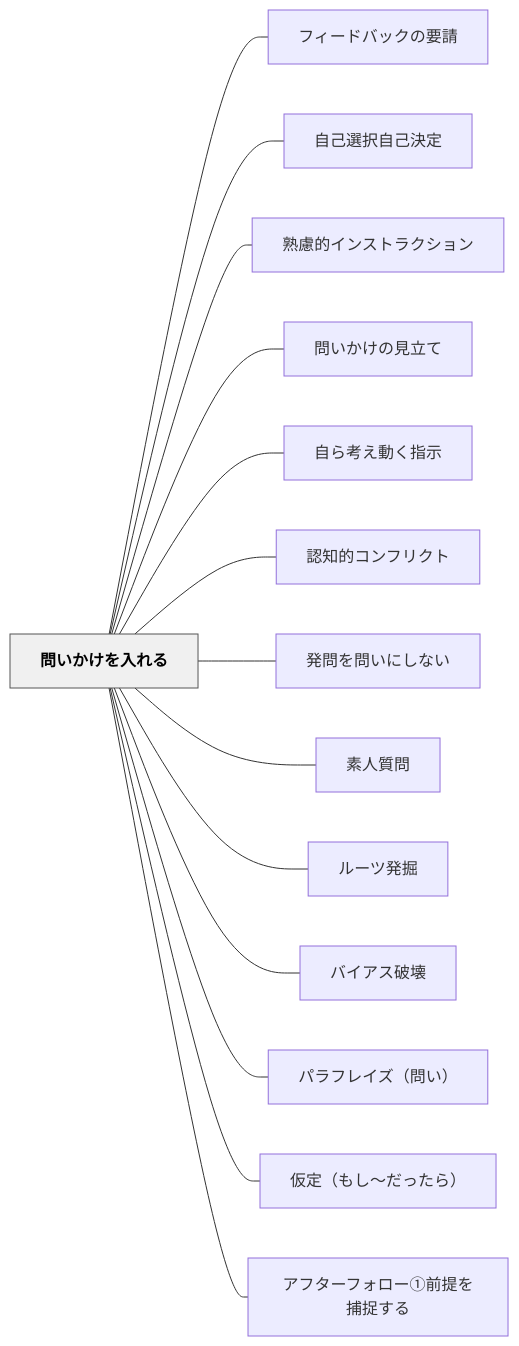
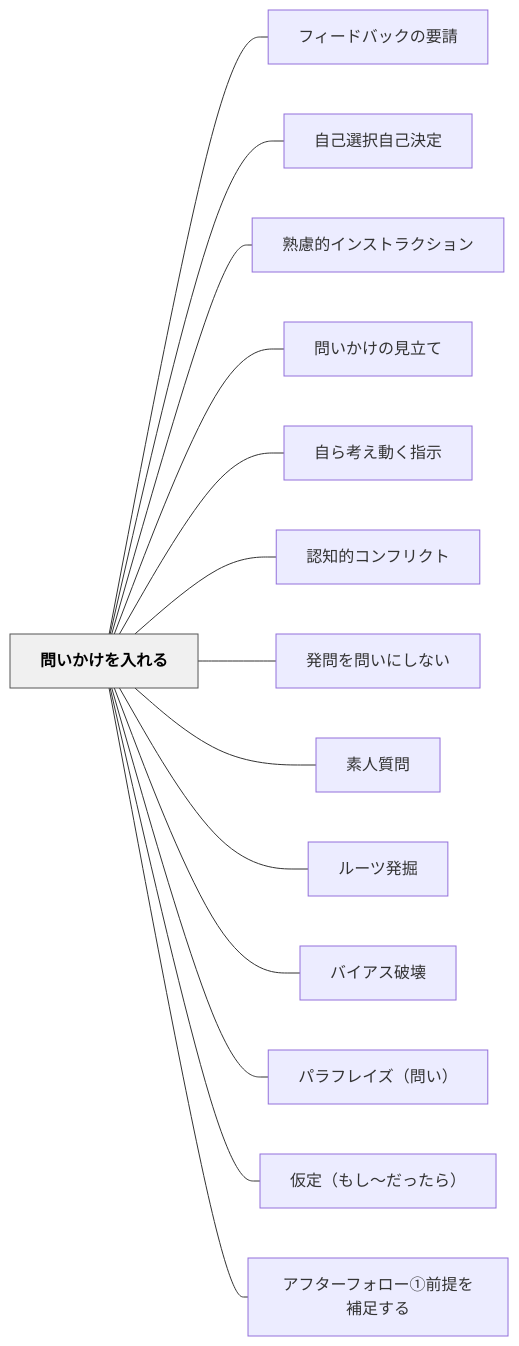
The diagram in content/パタン/問いかけを入れる.md (unknownthings-ed-patterns/unknownthings-ed-patterns), drawn with Mermaid before and after one commit. The commit also changed other lines of this file and 28 other files, not shown here.

````diff
--- a/content/パタン/問いかけを入れる.md
+++ b/content/パタン/問いかけを入れる.md
@@ -81,34 +81,34 @@
 ```mermaid
 flowchart LR
     ne5958fe38184e3818be38191e38292e585a5e3828ce3828b["問いかけを入れる"]
     ne38395e382a3e383bce38389e38390e38383e382afe381aee8a681e8ab8b["フィードバックの要請"]
     ne887aae5b7b1e981b8e68a9ee887aae5b7b1e6b1bae5ae9a["自己選択自己決定"]
     ne7869fe685aee79a84e382a4e383b3e382b9e38388e383a9e382afe382b7e383a7e383b3["熟慮的インストラクション"]
     ne5958fe38184e3818be38191e381aee8a68be7ab8be381a6["問いかけの見立て"]
     ne887aae38289e88083e38188e58b95e3818fe68c87e7a4ba["自ら考え動く指示"]
     ne8aa8de79fa5e79a84e382b3e383b3e38395e383aae382afe38388["認知的コンフリクト"]
     ne799bae5958fe38292e5958fe38184e381abe38197e381aae38184["発問を問いにしない"]
     ne7b4a0e4babae8b3aae5958f["素人質問"]
     ne383abe383bce38384e799bae68e98["ルーツ発掘"]
     ne38390e382a4e382a2e382b9e7a0b4e5a38a["バイアス破壊"]
     ne38391e383a9e38395e383ace382a4e382baefbc88e5958fe38184efbc89["パラフレイズ（問い）"]
     ne4bbaee5ae9aefbc88e38282e38197e3809ce381a0e381a3e3819fe38289efbc89["仮定（もし〜だったら）"]
-    ne382a2e38395e382bfe383bce38395e382a9e383ade383bce291a0e5898de68f90e38292e68d95e68d89e38199e3828b["アフターフォロー①前提を捕捉する"]
+    ne382a2e38395e382bfe383bce38395e382a9e383ade383bce291a0e5898de68f90e38292e8a39ce8b6b3e38199e3828b["アフターフォロー①前提を補足する"]
 
     ne5958fe38184e3818be38191e38292e585a5e3828ce3828b --- ne38395e382a3e383bce38389e38390e38383e382afe381aee8a681e8ab8b
     ne5958fe38184e3818be38191e38292e585a5e3828ce3828b --- ne887aae5b7b1e981b8e68a9ee887aae5b7b1e6b1bae5ae9a
     ne5958fe38184e3818be38191e38292e585a5e3828ce3828b --- ne7869fe685aee79a84e382a4e383b3e382b9e38388e383a9e382afe382b7e383a7e383b3
     ne5958fe38184e3818be38191e38292e585a5e3828ce3828b --- ne5958fe38184e3818be38191e381aee8a68be7ab8be381a6
     ne5958fe38184e3818be38191e38292e585a5e3828ce3828b --- ne887aae38289e88083e38188e58b95e3818fe68c87e7a4ba
     ne5958fe38184e3818be38191e38292e585a5e3828ce3828b --- ne8aa8de79fa5e79a84e382b3e383b3e38395e383aae382afe38388
     ne5958fe38184e3818be38191e38292e585a5e3828ce3828b --- ne799bae5958fe38292e5958fe38184e381abe38197e381aae38184
     ne5958fe38184e3818be38191e38292e585a5e3828ce3828b --- ne7b4a0e4babae8b3aae5958f
     ne5958fe38184e3818be38191e38292e585a5e3828ce3828b --- ne383abe383bce38384e799bae68e98
     ne5958fe38184e3818be38191e38292e585a5e3828ce3828b --- ne38390e382a4e382a2e382b9e7a0b4e5a38a
     ne5958fe38184e3818be38191e38292e585a5e3828ce3828b --- ne38391e383a9e38395e383ace382a4e382baefbc88e5958fe38184efbc89
     ne5958fe38184e3818be38191e38292e585a5e3828ce3828b --- ne4bbaee5ae9aefbc88e38282e38197e3809ce381a0e381a3e3819fe38289efbc89
-    ne5958fe38184e3818be38191e38292e585a5e3828ce3828b --- ne382a2e38395e382bfe383bce38395e382a9e383ade383bce291a0e5898de68f90e38292e68d95e68d89e38199e3828b
+    ne5958fe38184e3818be38191e38292e585a5e3828ce3828b --- ne382a2e38395e382bfe383bce38395e382a9e383ade383bce291a0e5898de68f90e38292e8a39ce8b6b3e38199e3828b
 
     classDef hub fill:#f0f0f0,stroke:#555,color:#000,font-weight:bold
     class ne5958fe38184e3818be38191e38292e585a5e3828ce3828b hub
 ```
````
